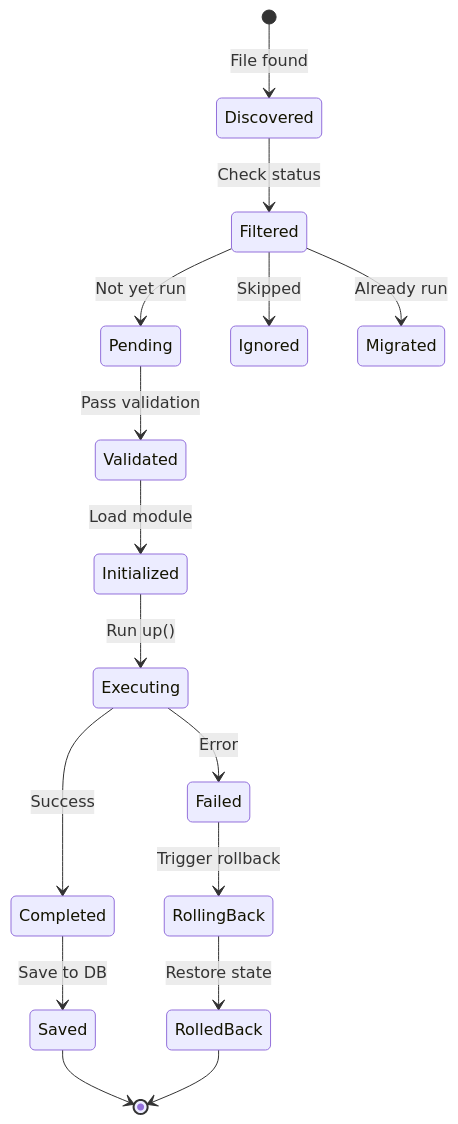
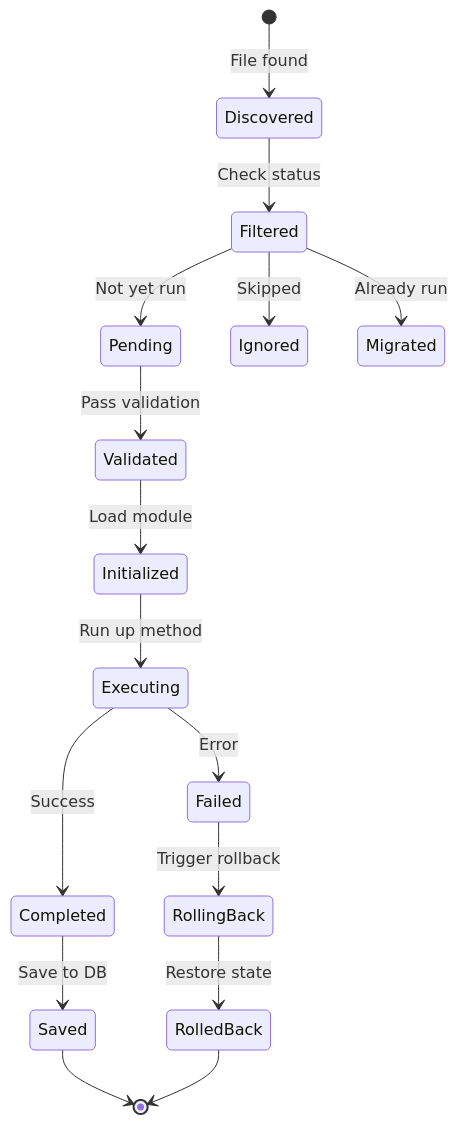
Before and after one commit to vlavrynovych/msr: the second of 2 diagrams in docs/development/architecture/lifecycle.md, drawn with Mermaid. The commit also changed other lines of this file, not shown here.

First line of the commit message:
#64: Fix Mermaid syntax errors in lifecycle diagrams

````diff
--- a/docs/development/architecture/lifecycle.md
+++ b/docs/development/architecture/lifecycle.md
@@ -106,18 +106,18 @@
 ```mermaid
 stateDiagram-v2
     [*] --> Discovered: File found
     Discovered --> Filtered: Check status
     Filtered --> Pending: Not yet run
     Filtered --> Ignored: Skipped
     Filtered --> Migrated: Already run
     Pending --> Validated: Pass validation
     Validated --> Initialized: Load module
-    Initialized --> Executing: Run up()
+    Initialized --> Executing: Run up method
     Executing --> Completed: Success
     Executing --> Failed: Error
     Failed --> RollingBack: Trigger rollback
     RollingBack --> RolledBack: Restore state
     Completed --> Saved: Save to DB
     Saved --> [*]
     RolledBack --> [*]
 ```
````
